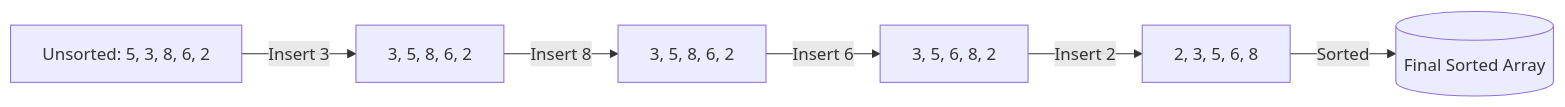
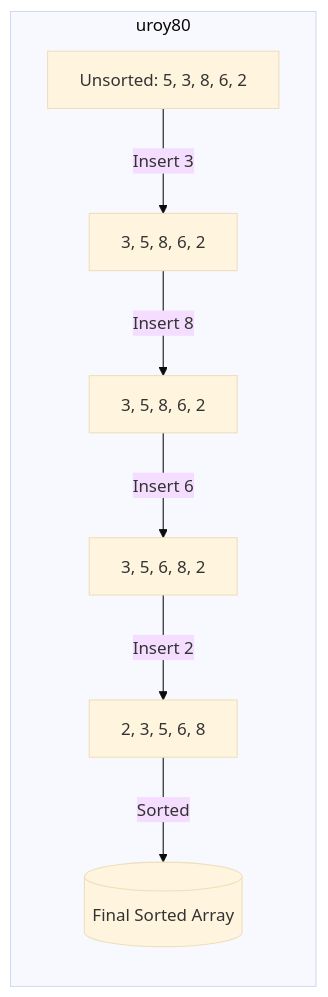
Before and after one commit to uroy80/DAA: the second of 2 diagrams in README.md, drawn with Mermaid. The commit also changed other lines of this file, not shown here.

````diff
--- a/README.md
+++ b/README.md
@@ -117,8 +120,11 @@
 ```mermaid
+%%{init: {"theme": "base", "themeVariables": {"background": "#f4f4f4", "fontFamily": "Arial", "fontSize": "16px"}}}%%
 graph LR;
+    subgraph uroy80
     A[Unsorted: 5, 3, 8, 6, 2] -->|Insert 3| B[3, 5, 8, 6, 2];
     B -->|Insert 8| C[3, 5, 8, 6, 2];
     C -->|Insert 6| D[3, 5, 6, 8, 2];
     D -->|Insert 2| E[2, 3, 5, 6, 8];
-    E -->|Sorted| F[(Final Sorted Array)]
+    E -->|Sorted| F[(Final Sorted Array)];
+    end
 ```
````
